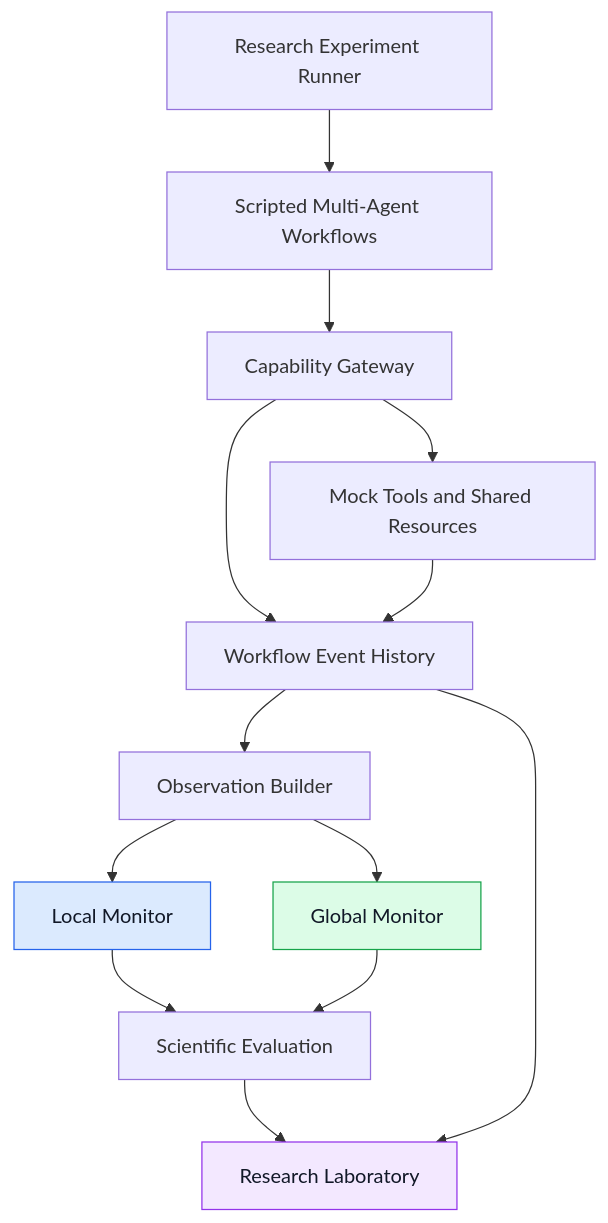
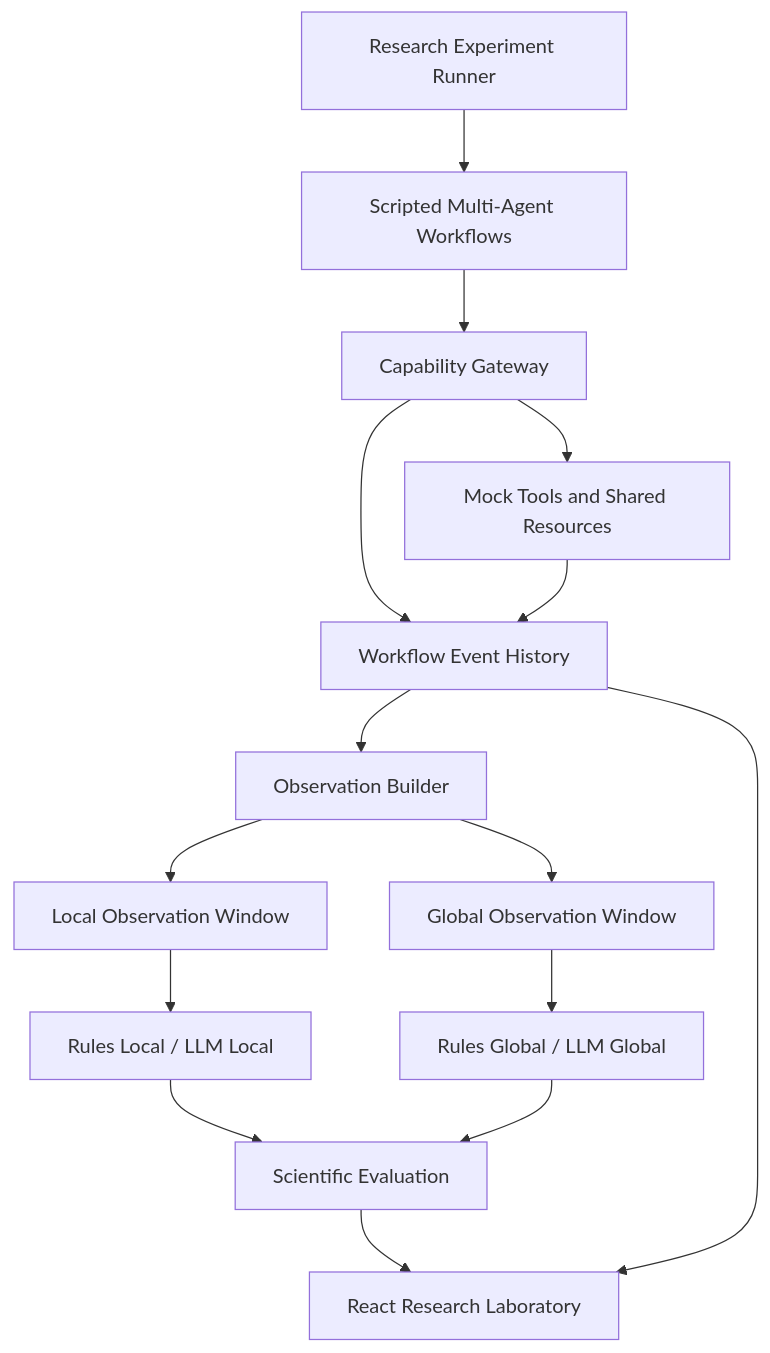
The diagram in README.md (Googly-Boogly/SwarmGuard), drawn with Mermaid before and after one commit. The commit also changed other lines of this file, not shown here.

````diff
--- a/README.md
+++ b/README.md
@@ -273,26 +243,17 @@
 ```mermaid
 flowchart TD
     A["Research Experiment Runner"] --> B["Scripted Multi-Agent Workflows"]
-
     B --> C["Capability Gateway"]
     C --> D["Mock Tools and Shared Resources"]
-
     C --> E["Workflow Event History"]
     D --> E
-
     E --> F["Observation Builder"]
-
-    F --> G["Local Monitor"]
-    F --> H["Global Monitor"]
-
-    G --> I["Scientific Evaluation"]
-    H --> I
-
-    I --> J["Research Laboratory"]
-
-    E --> J
-
-    style G fill:#dbeafe,stroke:#2563eb,color:#111827
-    style H fill:#dcfce7,stroke:#16a34a,color:#111827
-    style J fill:#f3e8ff,stroke:#9333ea,color:#111827
+    F --> G["Local Observation Window"]
+    F --> H["Global Observation Window"]
+    G --> I["Rules Local / LLM Local"]
+    H --> J["Rules Global / LLM Global"]
+    I --> K["Scientific Evaluation"]
+    J --> K
+    K --> L["React Research Laboratory"]
+    E --> L
 ```
````
